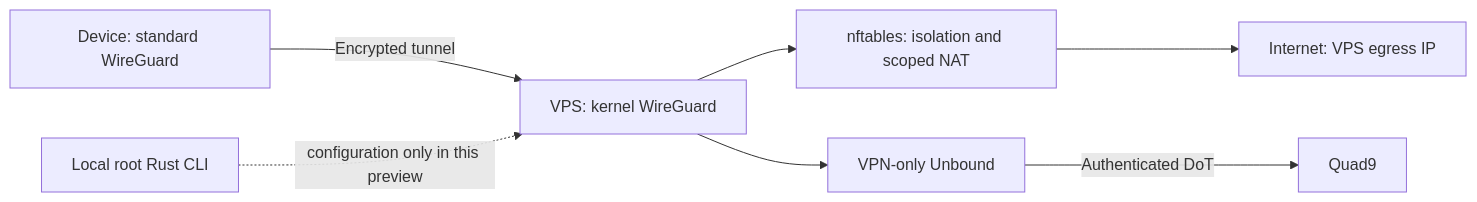
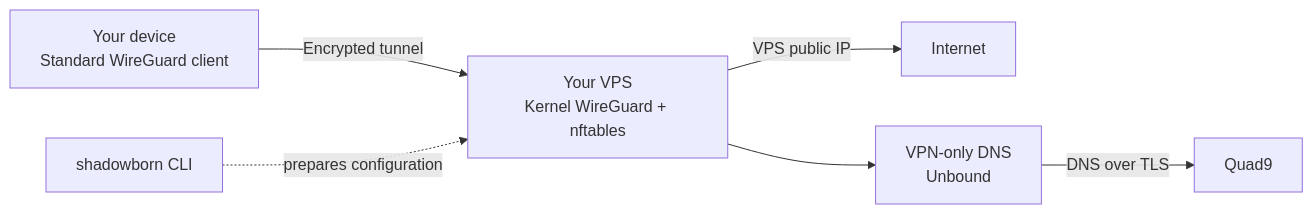
The diagram in README.md (shadow-alpha01/shadowborn), drawn with Mermaid before and after one commit. The commit also changed other lines of this file, not shown here.

````diff
--- a/README.md
+++ b/README.md
@@ -63,9 +40,8 @@
 ```mermaid
 flowchart LR
-    D[Device: standard WireGuard] -->|Encrypted tunnel| W[VPS: kernel WireGuard]
-    W --> F[nftables: isolation and scoped NAT]
-    F --> I[Internet: VPS egress IP]
-    W --> U[VPN-only Unbound]
-    U -->|Authenticated DoT| Q[Quad9]
-    C[Local root Rust CLI] -. configuration only in this preview .-> W
+    Device["Your device<br/>Standard WireGuard client"] -->|Encrypted tunnel| Gateway["Your VPS<br/>Kernel WireGuard + nftables"]
+    Gateway -->|VPS public IP| Internet["Internet"]
+    Gateway --> Resolver["VPN-only DNS<br/>Unbound"]
+    Resolver -->|DNS over TLS| Quad9["Quad9"]
+    CLI["shadowborn CLI"] -. prepares configuration .-> Gateway
 ```
````
